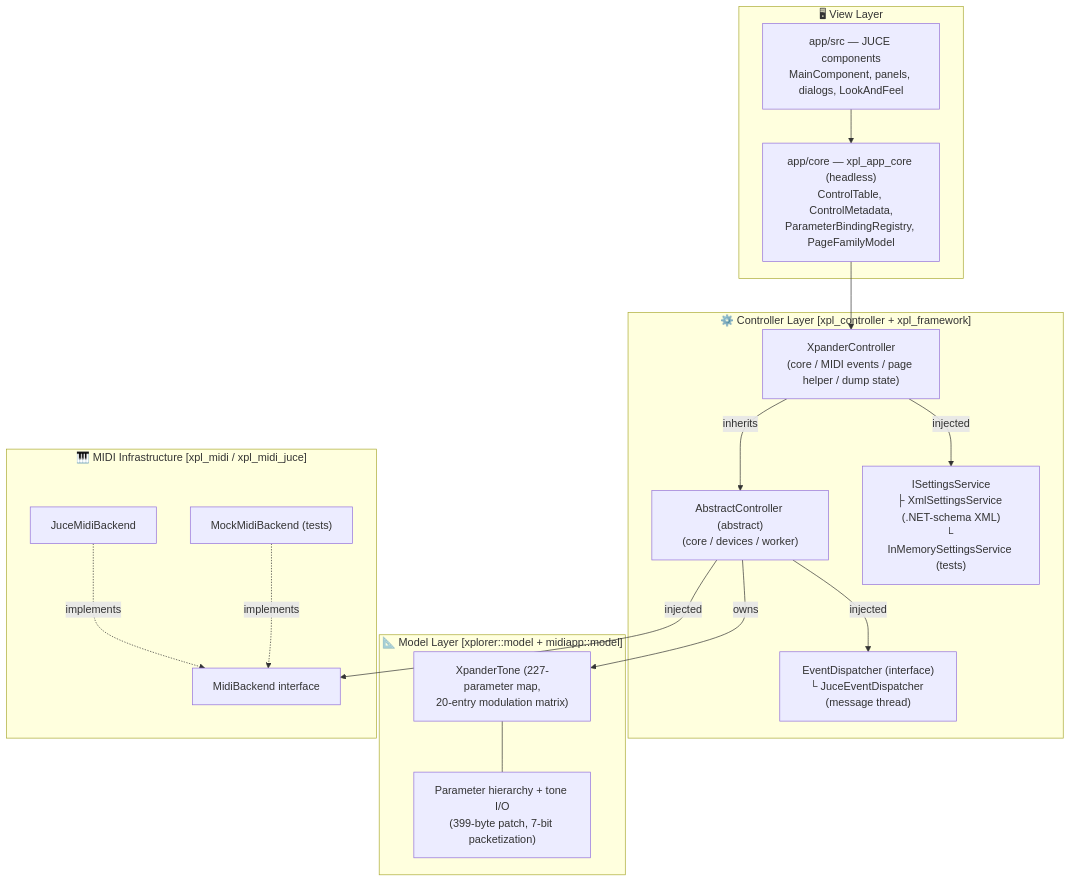
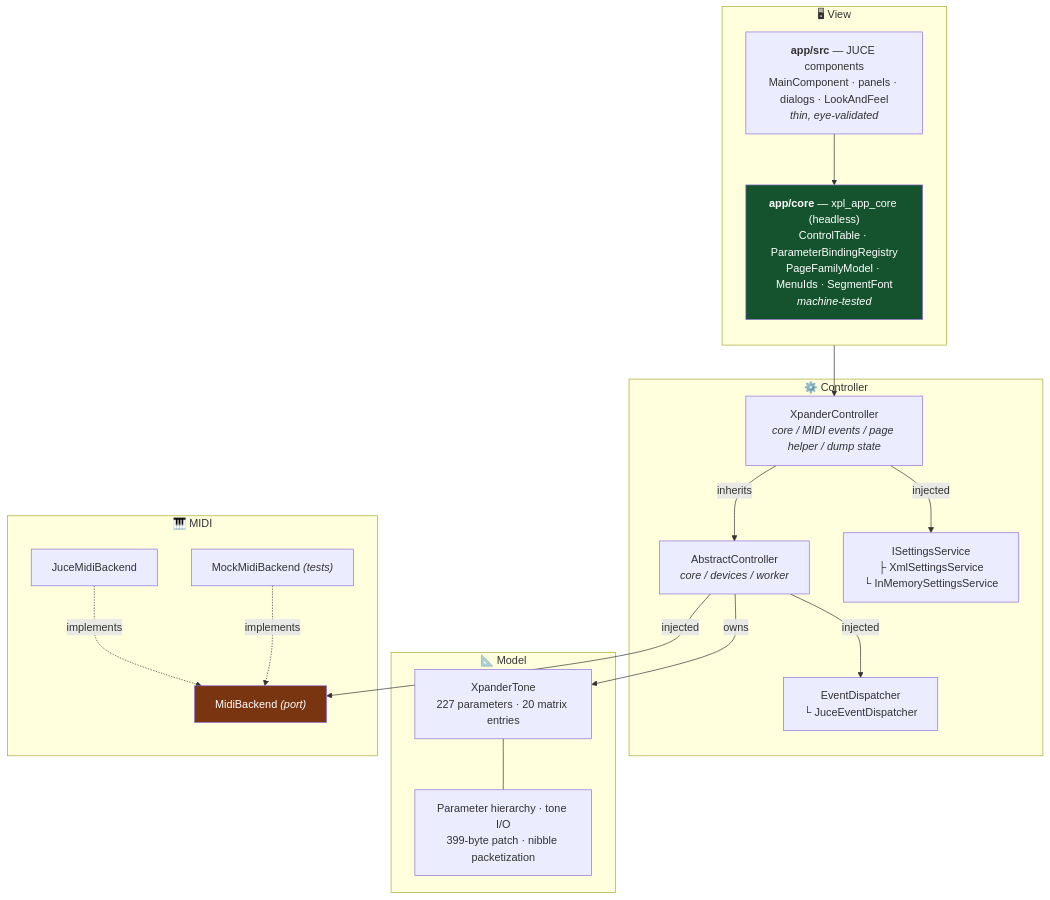
One commit to xplorer2716/XplorerEditor changed the seventh of 18 diagrams in docs/architecture-analysis.md. Above: the diagram before and after it, drawn with Mermaid. The commit also changed other lines of this file, not shown here.

First line of the commit message:
Rewrite the architecture document as a standalone reference for the JUCE implementation

````diff
--- a/docs/architecture-analysis.md
+++ b/docs/architecture-analysis.md
@@ -168,36 +376,38 @@
 ```mermaid
 flowchart TB
-    subgraph VIEW ["🖥 View Layer"]
-        JuceApp["app/src — JUCE components\nMainComponent, panels, dialogs, LookAndFeel"]
-        AppCore["app/core — xpl_app_core (headless)\nControlTable, ControlMetadata,\nParameterBindingRegistry, PageFamilyModel"]
+    subgraph VIEW ["🖥 View"]
+        direction TB
+        JuceApp["<b>app/src</b> — JUCE components<br/>MainComponent · panels · dialogs · LookAndFeel<br/><i>thin, eye-validated</i>"]
+        AppCore["<b>app/core</b> — xpl_app_core (headless)<br/>ControlTable · ParameterBindingRegistry<br/>PageFamilyModel · MenuIds · SegmentFont<br/><i>machine-tested</i>"]
     end
 
-    subgraph CTRL ["⚙️ Controller Layer  [xpl_controller + xpl_framework]"]
-        XpanderController["XpanderController\n(core / MIDI events / page helper / dump state)"]
-        AbstractController["AbstractController (abstract)\n(core / devices / worker)"]
-        SettingsSvc["ISettingsService\n├ XmlSettingsService (.NET-schema XML)\n└ InMemorySettingsService (tests)"]
-        Dispatcher["EventDispatcher (interface)\n└ JuceEventDispatcher (message thread)"]
+    subgraph CTRL ["⚙️ Controller"]
+        XC["XpanderController<br/><i>core / MIDI events / page helper / dump state</i>"]
+        AC["AbstractController<br/><i>core / devices / worker</i>"]
+        SS["ISettingsService<br/>├ XmlSettingsService<br/>└ InMemorySettingsService"]
+        ED["EventDispatcher<br/>└ JuceEventDispatcher"]
     end
 
-    subgraph MODEL ["📐 Model Layer  [xplorer::model + midiapp::model]"]
-        XpanderTone["XpanderTone (227-parameter map,\n20-entry modulation matrix)"]
-        Params["Parameter hierarchy + tone I/O\n(399-byte patch, 7-bit packetization)"]
+    subgraph MODEL ["📐 Model"]
+        Tone["XpanderTone<br/>227 parameters · 20 matrix entries"]
+        Par["Parameter hierarchy · tone I/O<br/>399-byte patch · nibble packetization"]
     end
 
-    subgraph MIDI ["🎹 MIDI Infrastructure  [xpl_midi / xpl_midi_juce]"]
-        Backend["MidiBackend interface"]
-        JuceBackend["JuceMidiBackend"]
-        MockBackend["MockMidiBackend (tests)"]
+    subgraph MIDIL ["🎹 MIDI"]
+        BE["MidiBackend <i>(port)</i>"]
+        JB["JuceMidiBackend"]
+        MB["MockMidiBackend <i>(tests)</i>"]
     end
 
-    JuceApp --> AppCore
-    AppCore --> XpanderController
-    XpanderController -->|inherits| AbstractController
-    XpanderController -->|injected| SettingsSvc
-    AbstractController -->|owns| XpanderTone
-    AbstractController -->|injected| Dispatcher
-    XpanderTone --- Params
-    AbstractController -->|injected| Backend
-    JuceBackend -.implements.-> Backend
-    MockBackend -.implements.-> Backend
+    JuceApp --> AppCore --> XC
+    XC -->|inherits| AC
+    XC -->|injected| SS
+    AC -->|owns| Tone --- Par
+    AC -->|injected| ED
+    AC -->|injected| BE
+    JB -.implements.-> BE
+    MB -.implements.-> BE
+
+    style AppCore fill:#14532d,color:#fff
+    style BE fill:#78350f,color:#fff
 ```
````
